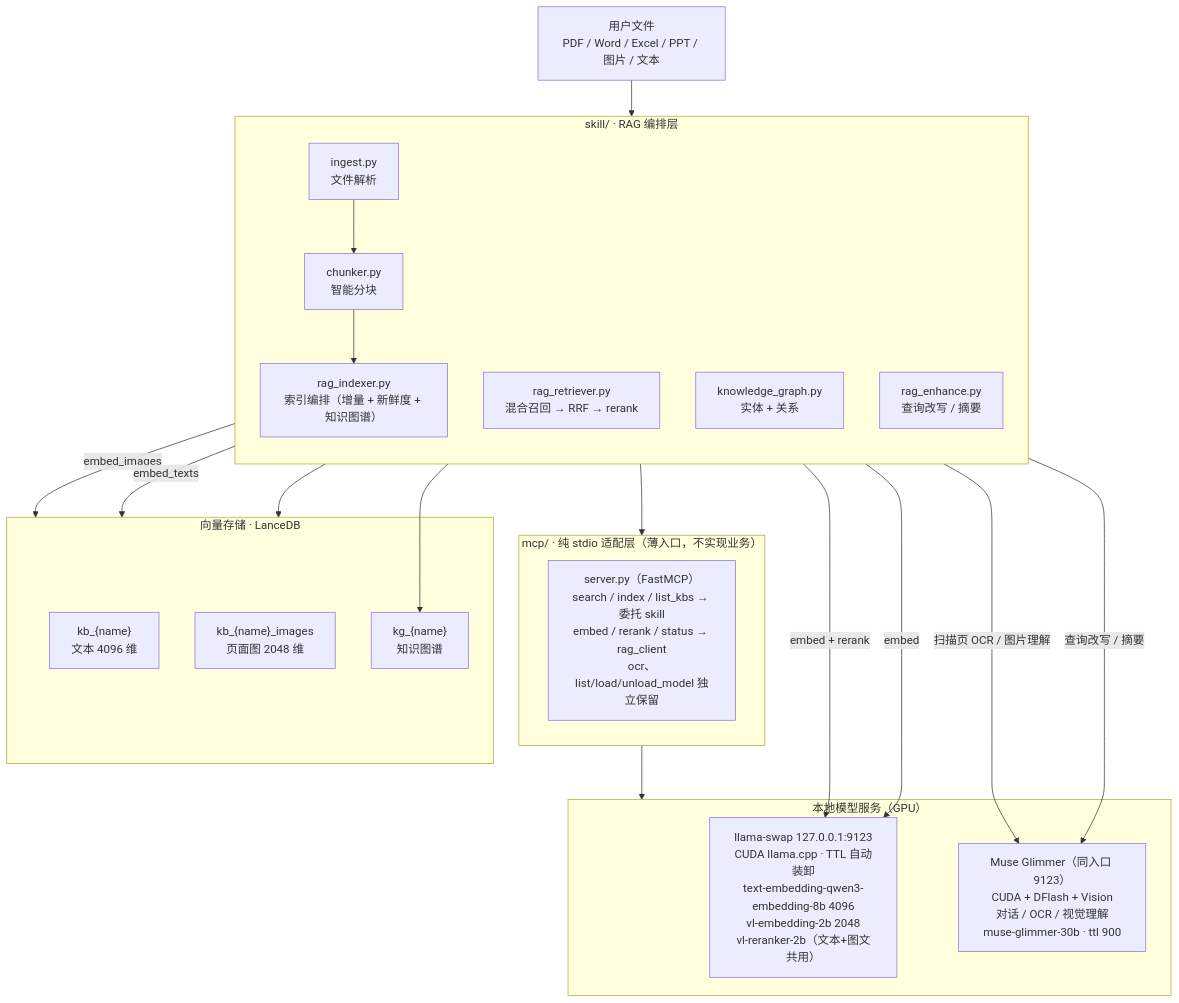
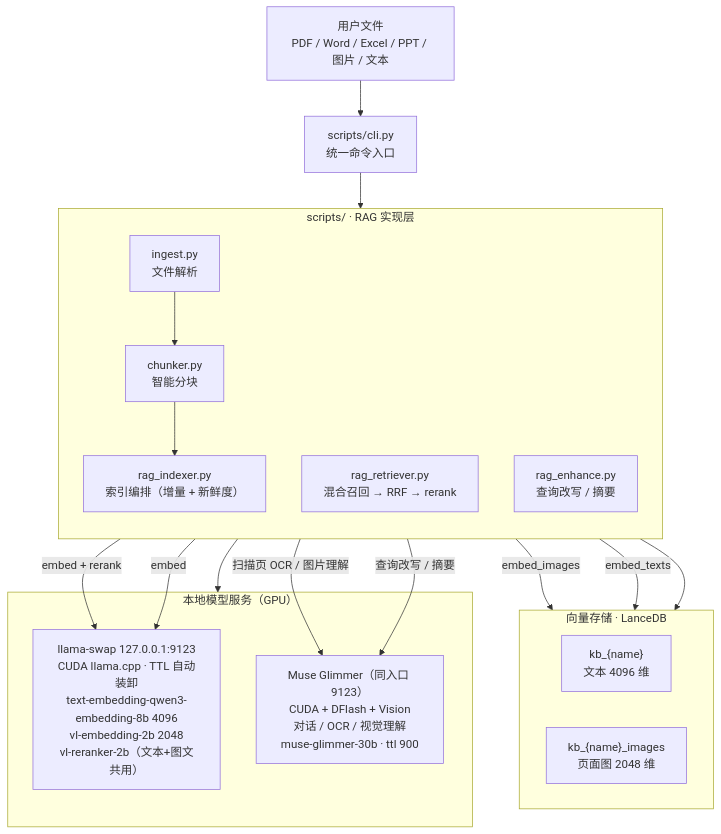
Before and after one commit to KODxixi/local-model: the diagram in README.md, drawn with Mermaid. The commit also changed other lines of this file and 21 other files, not shown here.

````diff
--- a/README.md
+++ b/README.md
@@ -11,42 +11,36 @@
 ```mermaid
 flowchart TB
     IN["用户文件<br/>PDF / Word / Excel / PPT / 图片 / 文本"]
 
-    subgraph SKILL["skill/ · RAG 编排层"]
+    CLI["scripts/cli.py<br/>统一命令入口"]
+
+    subgraph SKILL["scripts/ · RAG 实现层"]
         direction TB
         ING["ingest.py<br/>文件解析"]
         CHK["chunker.py<br/>智能分块"]
-        IDX["rag_indexer.py<br/>索引编排（增量 + 新鲜度 + 知识图谱）"]
+        IDX["rag_indexer.py<br/>索引编排（增量 + 新鲜度）"]
         RET["rag_retriever.py<br/>混合召回 → RRF → rerank"]
-        KG["knowledge_graph.py<br/>实体 + 关系"]
         ENH["rag_enhance.py<br/>查询改写 / 摘要"]
         ING --> CHK --> IDX
-    end
-
-    subgraph MCP["mcp/ · 纯 stdio 适配层（薄入口，不实现业务）"]
-        SRV["server.py（FastMCP）<br/>search / index / list_kbs → 委托 skill<br/>embed / rerank / status → rag_client<br/>ocr、list/load/unload_model 独立保留"]
     end
 
     subgraph STORE["向量存储 · LanceDB"]
         T1["kb_{name}<br/>文本 4096 维"]
         T2["kb_{name}_images<br/>页面图 2048 维"]
-        T3["kg_{name}<br/>知识图谱"]
     end
 
     subgraph MODELS["本地模型服务（GPU）"]
         LS["llama-swap 127.0.0.1:9123<br/>CUDA llama.cpp · TTL 自动装卸<br/>text-embedding-qwen3-embedding-8b 4096<br/>vl-embedding-2b 2048<br/>vl-reranker-2b（文本+图文共用）"]
         MG["Muse Glimmer（同入口 9123）<br/>CUDA + DFlash + Vision<br/>对话 / OCR / 视觉理解<br/>muse-glimmer-30b · ttl 900"]
     end
 
-    IN --> SKILL
+    IN --> CLI --> SKILL
     IDX -->|embed_images| STORE
     IDX -->|embed_texts| STORE
     RET --> STORE
-    KG --> T3
     RET -->|embed + rerank| LS
     IDX -->|embed| LS
     ING -->|扫描页 OCR / 图片理解| MG
     ENH -->|查询改写 / 摘要| MG
-    SKILL --> MCP
-    MCP --> MODELS
+    SKILL --> MODELS
 ```
````
